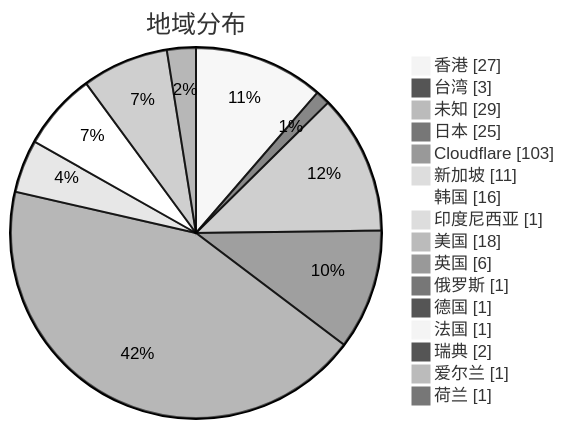
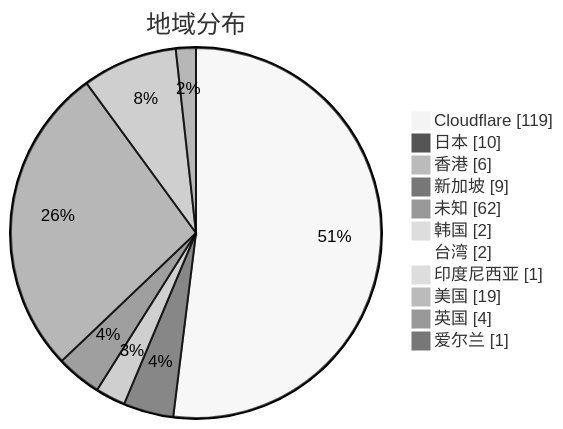
Before and after one commit to qjlxg/airport: the second of 3 diagrams in subs/statistics/tested_within.md, drawn with Mermaid (neutral theme). The commit also changed other lines of this file and 2 other files, not shown here.

Commit message:
Tested by metaST

````diff
--- a/subs/statistics/tested_within.md
+++ b/subs/statistics/tested_within.md
@@ -12,20 +12,15 @@
 ```mermaid
 pie showData
 title 地域分布
-"香港" : 27
-"台湾" : 3
-"未知" : 29
-"日本" : 25
-"Cloudflare" : 103
-"新加坡" : 11
-"韩国" : 16
+"Cloudflare" : 119
+"日本" : 10
+"香港" : 6
+"新加坡" : 9
+"未知" : 62
+"韩国" : 2
+"台湾" : 2
 "印度尼西亚" : 1
-"美国" : 18
-"英国" : 6
-"俄罗斯" : 1
-"德国" : 1
-"法国" : 1
-"瑞典" : 2
+"美国" : 19
+"英国" : 4
 "爱尔兰" : 1
-"荷兰" : 1
 ```
````
